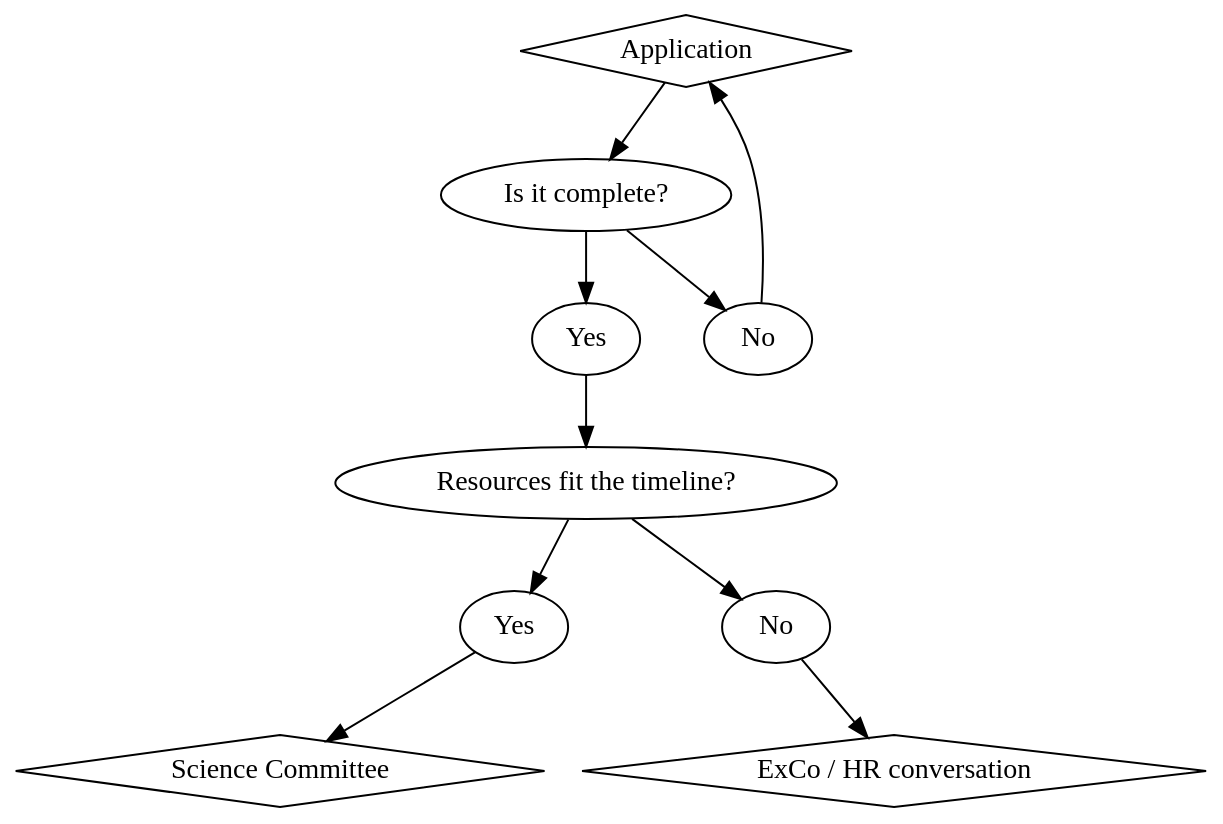
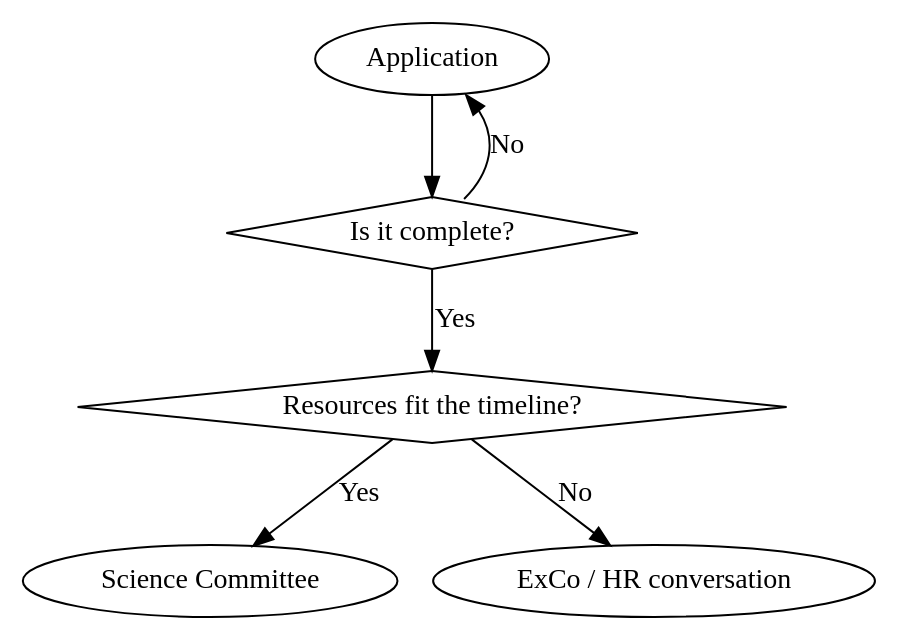
The diagram in team/governance/diagrams/application.dot (NERC-CEH/rse_group), drawn with Graphviz before and after one commit. The commit also changed 2 other files, not shown here.

Commit message:
Refactored flow charts slightly

```diff
--- a/team/governance/diagrams/application.dot
+++ b/team/governance/diagrams/application.dot
@@ -1,31 +1,20 @@
-# http://www.graphviz.org/content/cluster
-
-
 digraph G {
     
-  bgcolor=transparent;
+  bgcolor=white;
   node [fontname = "Handlee"];
   edge [fontname = "Handlee"];
   
-  application [ label="Application" shape=diamond];
-  is_complete [ label="Is it complete?"]
-  complete_yes [label="Yes"]
-  complete_no [label="No"]
-  committee [label="Science Committee" shape=diamond]
-  timeline_ok [label="Resources fit the timeline?"]
-  timeline_yes [label="Yes"]
-  timeline_no [label="No"]
-  exco_hr [label="ExCo / HR conversation" shape=diamond]
+  application [ label="Application"];
+  is_complete [ label="Is it complete?" shape=diamond]
+  committee [label="Science Committee"]
+  timeline_ok [label="Resources fit the timeline?" shape=diamond]
+  exco_hr [label="ExCo / HR conversation"]
 
   application -> is_complete;
-  is_complete -> complete_yes;
-  is_complete -> complete_no;
-  complete_no -> application;
+  is_complete -> timeline_ok [label="Yes"];
+  is_complete:ne -> application:se [label="No"];
   
-  complete_yes -> timeline_ok;
-  timeline_ok -> timeline_yes;
-  timeline_ok -> timeline_no;
-  timeline_no -> exco_hr
-  timeline_yes -> committee;
+  timeline_ok -> committee [label="Yes"];
+  timeline_ok -> exco_hr [label="No"];
  
 }
```
